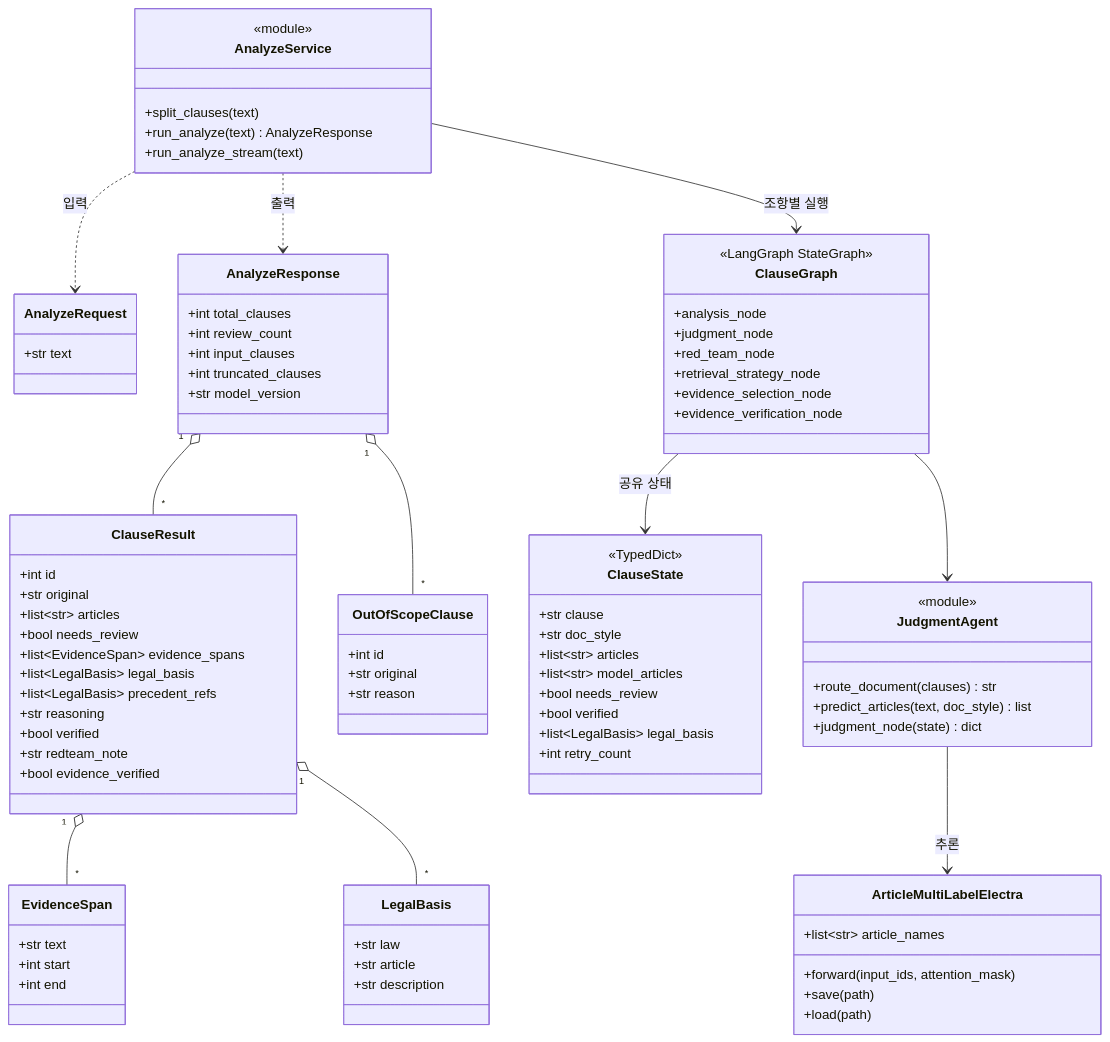
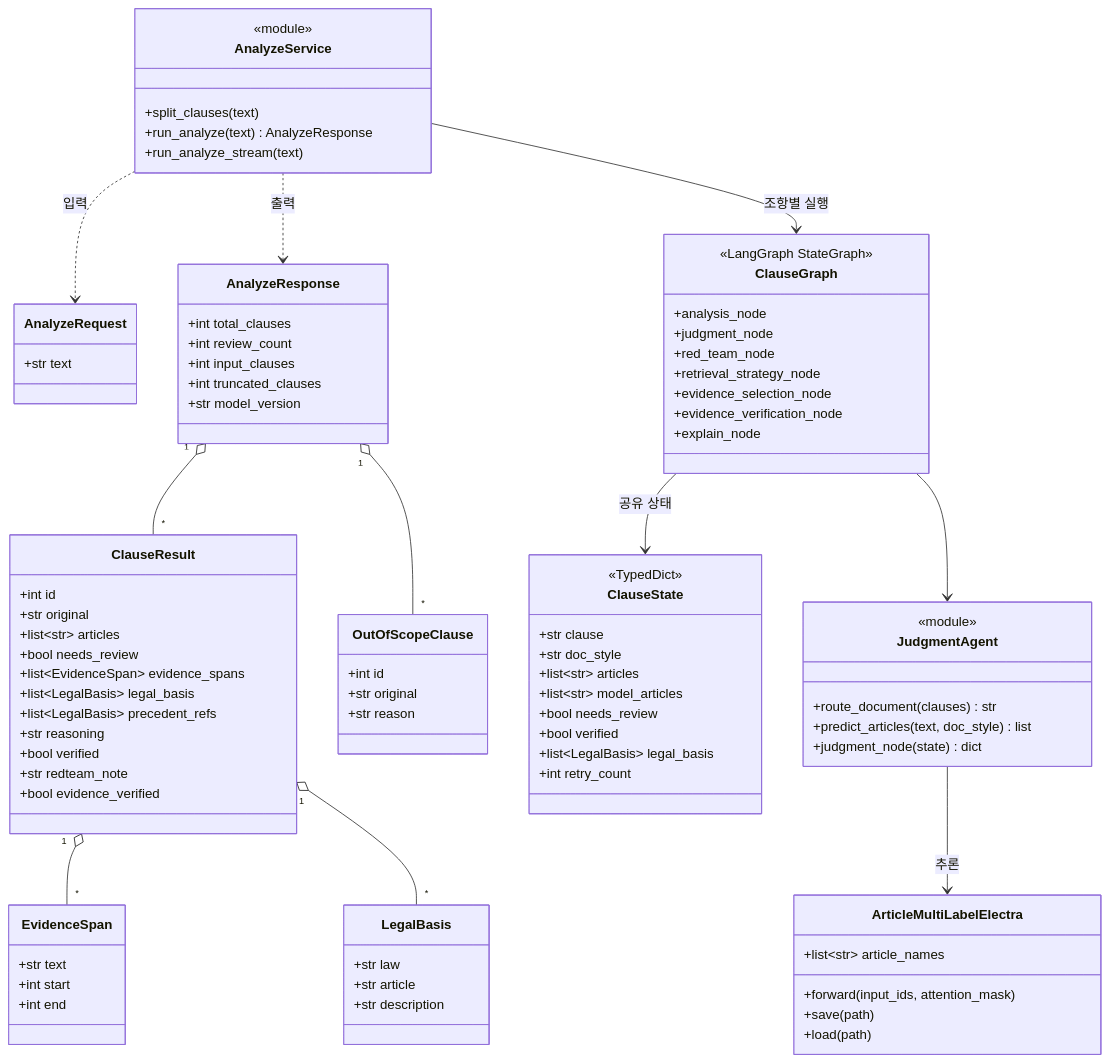
One commit to gksmfly/ContractRisk-Guard changed the first of 4 diagrams in report_draft/최종보고서_초안.md. Above: the diagram before and after it, drawn with Mermaid. The commit also changed other lines of this file, not shown here.

Commit message:
docs: add optional explain stage to the report draft architecture

```diff
--- a/report_draft/최종보고서_초안.md
+++ b/report_draft/최종보고서_초안.md
@@ -423,6 +423,7 @@
         +retrieval_strategy_node
         +evidence_selection_node
         +evidence_verification_node
+        +explain_node
     }
     AnalyzeResponse "1" o-- "*" ClauseResult
     AnalyzeResponse "1" o-- "*" OutOfScopeClause
```
